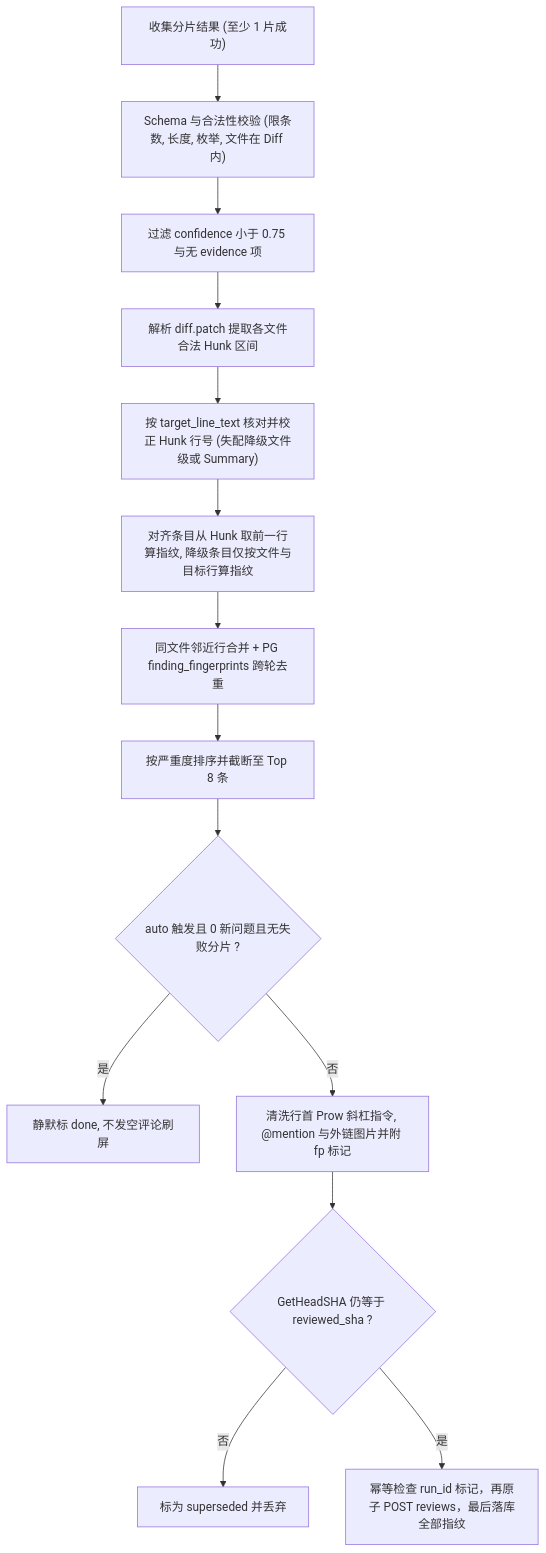
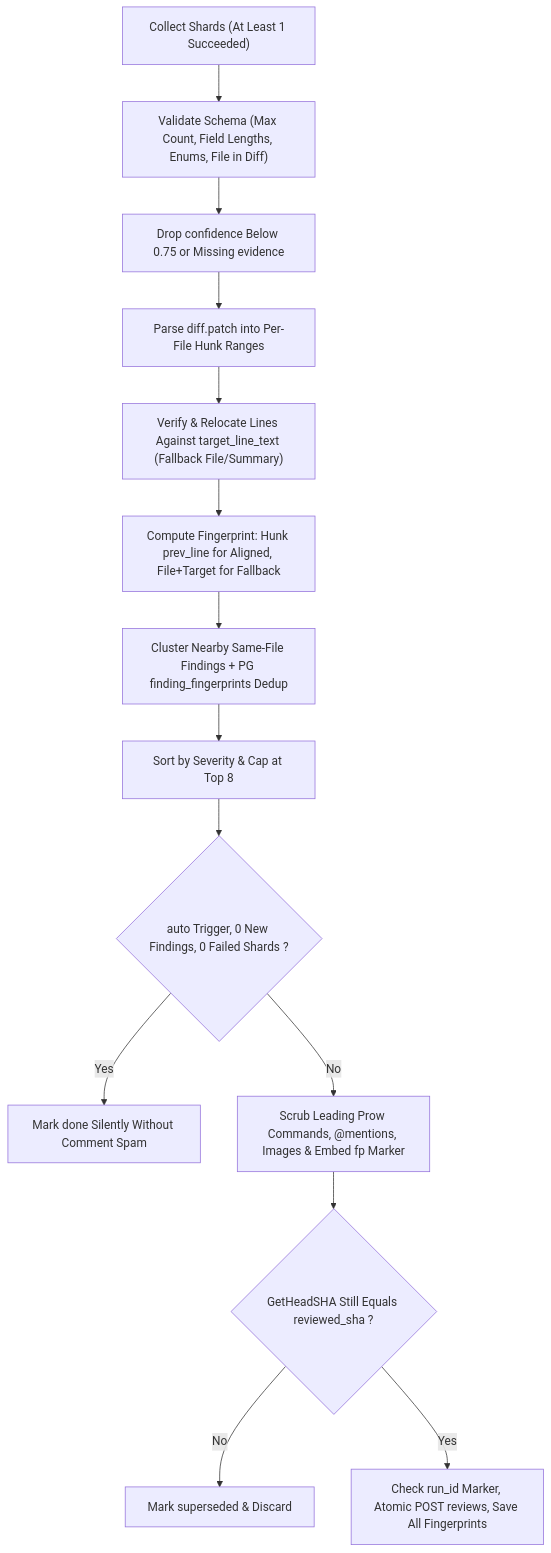
The fifth of 6 diagrams in docs/design/implementation-plan.md (zetxqx/review-agent-infra), drawn with Mermaid before and after one commit. The commit also changed other lines of this file and 2 other files, not shown here.

Commit message:
Translate repository documentation, diagrams, and code comments into English.

````diff
--- a/docs/design/implementation-plan.md
+++ b/docs/design/implementation-plan.md
@@ -1070,16 +1068,16 @@
 ```mermaid
 flowchart TD
-    Shards["收集分片结果 (至少 1 片成功)"] --> Validate["Schema 与合法性校验 (限条数, 长度, 枚举, 文件在 Diff 内)"]
-    Validate --> FilterConf["过滤 confidence 小于 0.75 与无 evidence 项"]
-    FilterConf --> DiffParse["解析 diff.patch 提取各文件合法 Hunk 区间"]
-    DiffParse --> Align["按 target_line_text 核对并校正 Hunk 行号 (失配降级文件级或 Summary)"]
-    Align --> FpCalc["对齐条目从 Hunk 取前一行算指纹, 降级条目仅按文件与目标行算指纹"]
-    FpCalc --> Dedup["同文件邻近行合并 + PG finding_fingerprints 跨轮去重"]
-    Dedup --> TopN["按严重度排序并截断至 Top 8 条"]
-    TopN --> AutoZero{"auto 触发且 0 新问题且无失败分片 ?"}
-    AutoZero -->|"是"| SkipPost["静默标 done, 不发空评论刷屏"]
-    AutoZero -->|"否"| Sanitize["清洗行首 Prow 斜杠指令, @mention 与外链图片并附 fp 标记"]
-    Sanitize --> CAS{"GetHeadSHA 仍等于 reviewed_sha ?"}
-    CAS -->|"否"| Drop["标为 superseded 并丢弃"]
-    CAS -->|"是"| Post["幂等检查 run_id 标记，再原子 POST reviews，最后落库全部指纹"]
+    Shards["Collect Shards (At Least 1 Succeeded)"] --> Validate["Validate Schema (Max Count, Field Lengths, Enums, File in Diff)"]
+    Validate --> FilterConf["Drop confidence Below 0.75 or Missing evidence"]
+    FilterConf --> DiffParse["Parse diff.patch into Per-File Hunk Ranges"]
+    DiffParse --> Align["Verify & Relocate Lines Against target_line_text (Fallback File/Summary)"]
+    Align --> FpCalc["Compute Fingerprint: Hunk prev_line for Aligned, File+Target for Fallback"]
+    FpCalc --> Dedup["Cluster Nearby Same-File Findings + PG finding_fingerprints Dedup"]
+    Dedup --> TopN["Sort by Severity & Cap at Top 8"]
+    TopN --> AutoZero{"auto Trigger, 0 New Findings, 0 Failed Shards ?"}
+    AutoZero -->|"Yes"| SkipPost["Mark done Silently Without Comment Spam"]
+    AutoZero -->|"No"| Sanitize["Scrub Leading Prow Commands, @mentions, Images & Embed fp Marker"]
+    Sanitize --> CAS{"GetHeadSHA Still Equals reviewed_sha ?"}
+    CAS -->|"No"| Drop["Mark superseded & Discard"]
+    CAS -->|"Yes"| Post["Check run_id Marker, Atomic POST reviews, Save All Fingerprints"]
 ```
````
